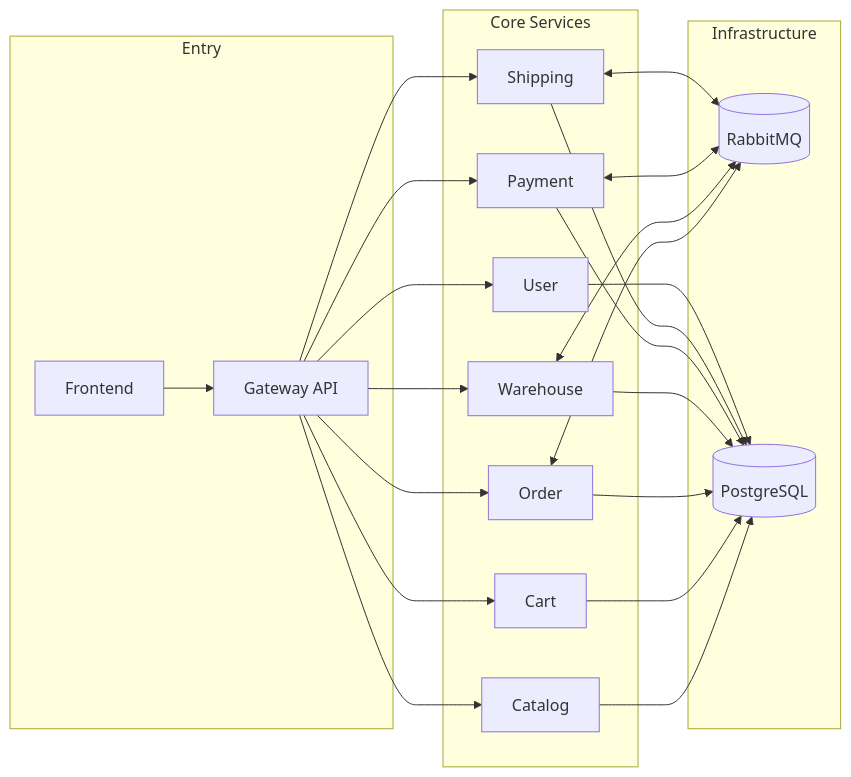
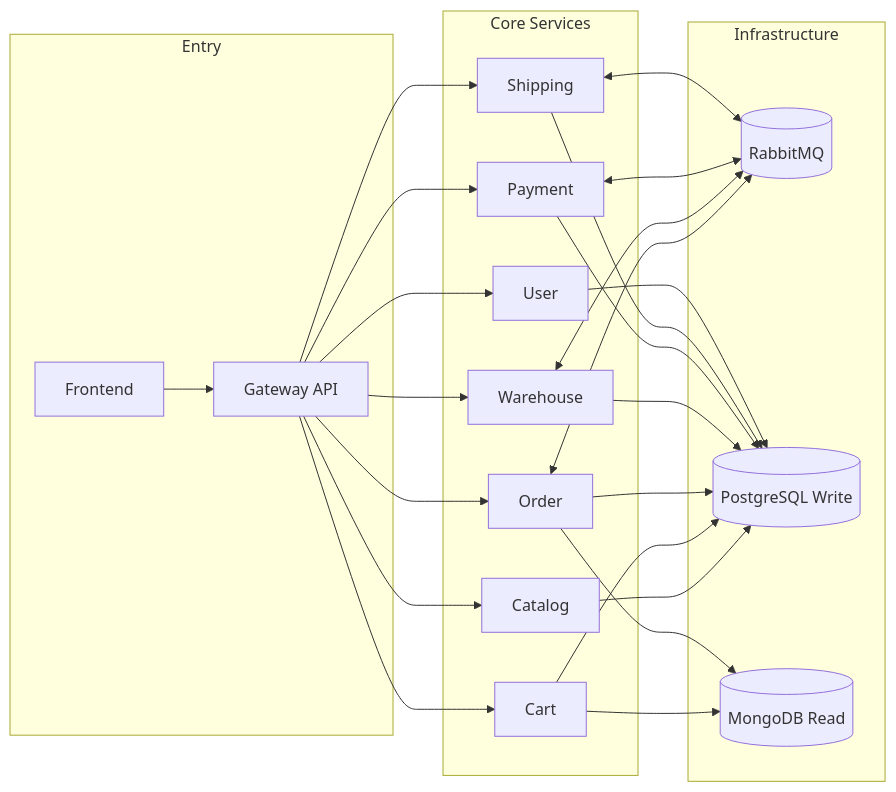
Before and after one commit to enricorticelli/demo-ecommerce: the diagram in README.md, drawn with Mermaid. The commit also changed other lines of this file and 48 other files, not shown here.

````diff
--- a/README.md
+++ b/README.md
@@ -33,45 +34,48 @@
 ```mermaid
 flowchart LR
     subgraph ENTRY[Entry]
         FE[Frontend]
         GW[Gateway API]
     end
 
     subgraph CORE[Core Services]
         CAT[Catalog]
         CART[Cart]
         ORD[Order]
         WH[Warehouse]
         PAY[Payment]
         SHIP[Shipping]
         USR[User]
     end
 
     subgraph INFRA[Infrastructure]
         MQ[(RabbitMQ)]
-        PG[(PostgreSQL)]
+        PG[(PostgreSQL Write)]
+        MONGO[(MongoDB Read)]
     end
 
     FE --> GW
 
     GW --> CAT
     GW --> CART
     GW --> ORD
     GW --> WH
     GW --> PAY
     GW --> SHIP
     GW --> USR
 
     ORD <--> MQ
     WH <--> MQ
     PAY <--> MQ
     SHIP <--> MQ
 
     CAT --> PG
     CART --> PG
     ORD --> PG
+    CART --> MONGO
+    ORD --> MONGO
     WH --> PG
     PAY --> PG
     SHIP --> PG
     USR --> PG
 ```
````
